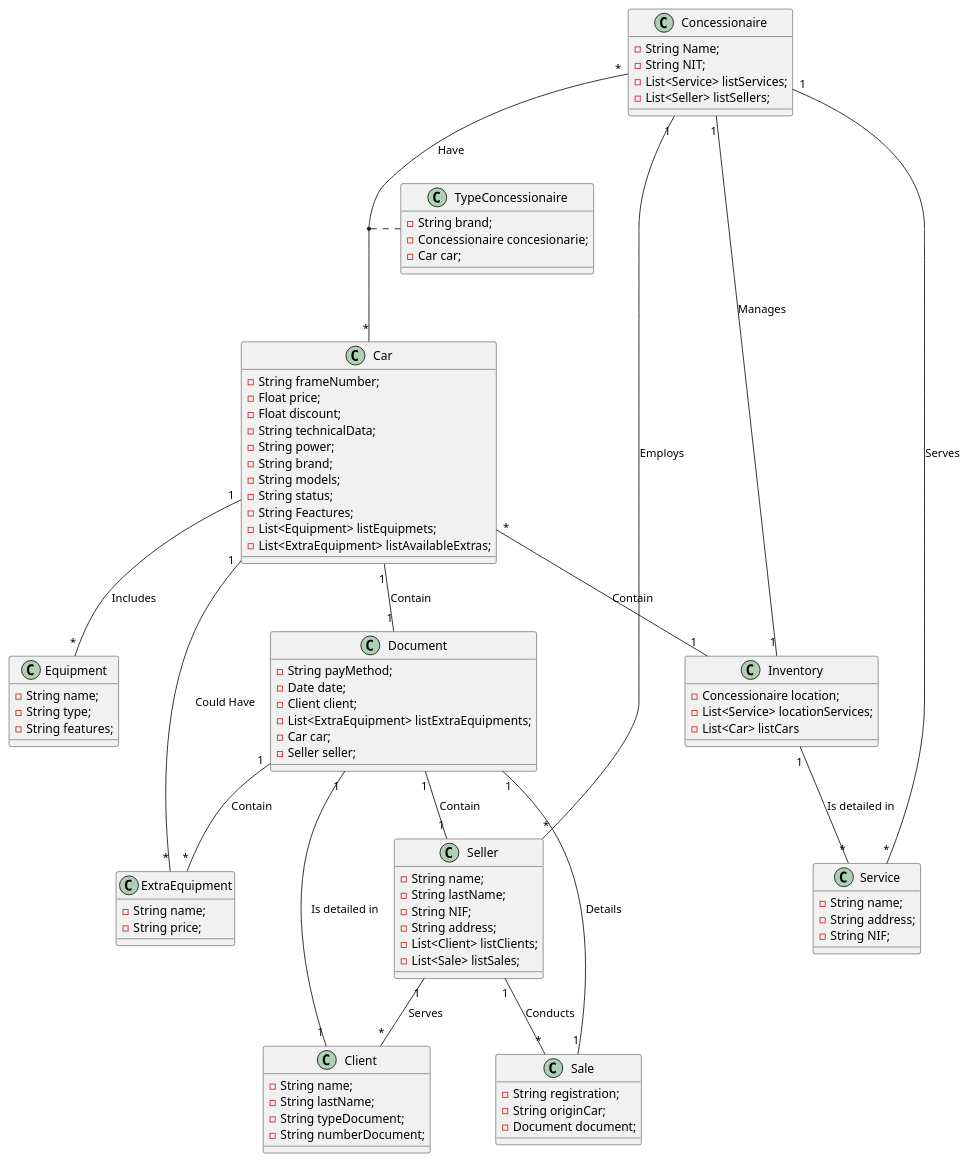
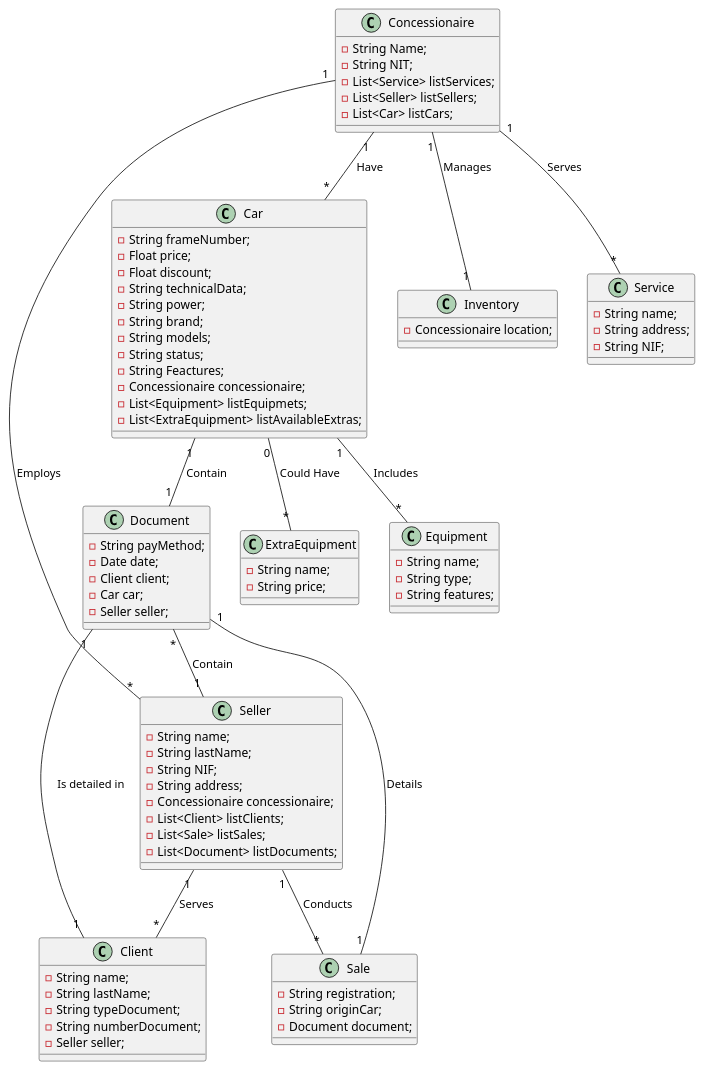
Before and after one commit to Juan-J-Barraza/Concesionario: the diagram in diagrama.PlantUML, drawn with PlantUML. The commit also changed 13 other files, not shown here.

```diff
--- a/diagrama.PlantUML
+++ b/diagrama.PlantUML
@@ -1,106 +1,97 @@
 @startuml "ejercicio29"
 
 class Concessionaire {
     - String Name;
     - String NIT;
     - List<Service> listServices;
     - List<Seller> listSellers;
+    - List<Car> listCars;
 
-}
-
-class TypeConcessionaire {
-    - String brand;
-    - Concessionaire concesionarie;
-    - Car car;
 }
 
 class Car {
     - String frameNumber;
     - Float price;
     - Float discount;
     - String technicalData;
     - String power;
     - String brand;
     - String models;
     - String status;
     - String Feactures;
+    - Concessionaire concessionaire;
     - List<Equipment> listEquipmets;
     - List<ExtraEquipment> listAvailableExtras;
 }
 
 class Equipment {
     - String name;
     - String type;
     - String features;
 }
 
 class ExtraEquipment {
     - String name;
     - String price;
 }
 
 class Inventory {
     - Concessionaire location;
-    - List<Service> locationServices;
-    - List<Car> listCars
 }
 
 class Client {
     - String name;
     - String lastName;
     - String typeDocument;
     - String numberDocument;
+    - Seller seller;
 }
 
 class Seller {
     - String name;
     - String lastName;
     - String NIF;
     - String address;
+    - Concessionaire concessionaire;
     - List<Client> listClients;
     - List<Sale> listSales;
+    - List<Document> listDocuments;
 
 }
 
 class Document {
     - String payMethod;
     - Date date;
     - Client client;
-    - List<ExtraEquipment> listExtraEquipments;
     - Car car;
     - Seller seller;
 
 }
 
 class Service {
     - String name;
     - String address;
     - String NIF;
 }
 
 class Sale {
     - String registration;
     - String originCar;
     - Document document;
 }
 
 
-Concessionaire "*" -- "*" Car: Have
-(Concessionaire, Car) .. TypeConcessionaire
+Concessionaire "1" -- "*" Car: Have
 Car "1"  -- "*" Equipment: Includes
-Car "1" -- "*" ExtraEquipment: Could Have
+Car "0" -- "*" ExtraEquipment: Could Have
 Concessionaire "1" -- "1" Inventory: Manages
 Concessionaire "1" -- "*" Service: Serves
 Concessionaire "1" -- "*" Seller: Employs
 Document "1" -- "1" Sale: Details
 Client "1" -- "1" Document: Is detailed in
 Seller "1" -- "*" Client: Serves
 Seller "1" -- "*" Sale: Conducts
-Document "1" -- "1" Seller: Contain
+Document "*" -- "1" Seller: Contain
 Car "1" -- "1" Document: Contain
-Document "1" -- "*" ExtraEquipment: Contain
-Car "*" -- "1" Inventory: Contain
-Inventory "1" -- "*" Service: Is detailed in
-
 
 @enduml
```
